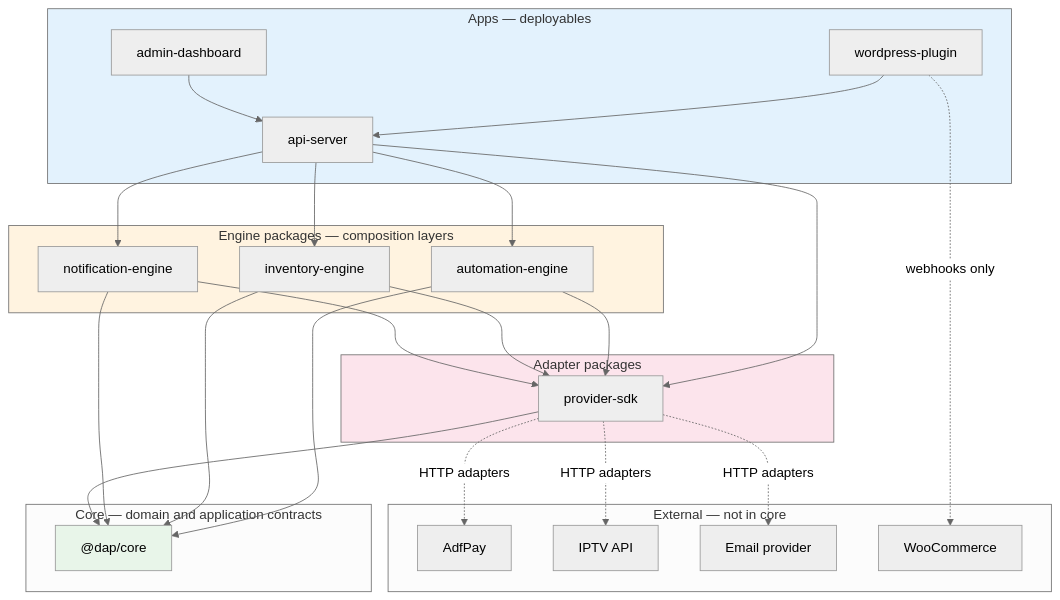
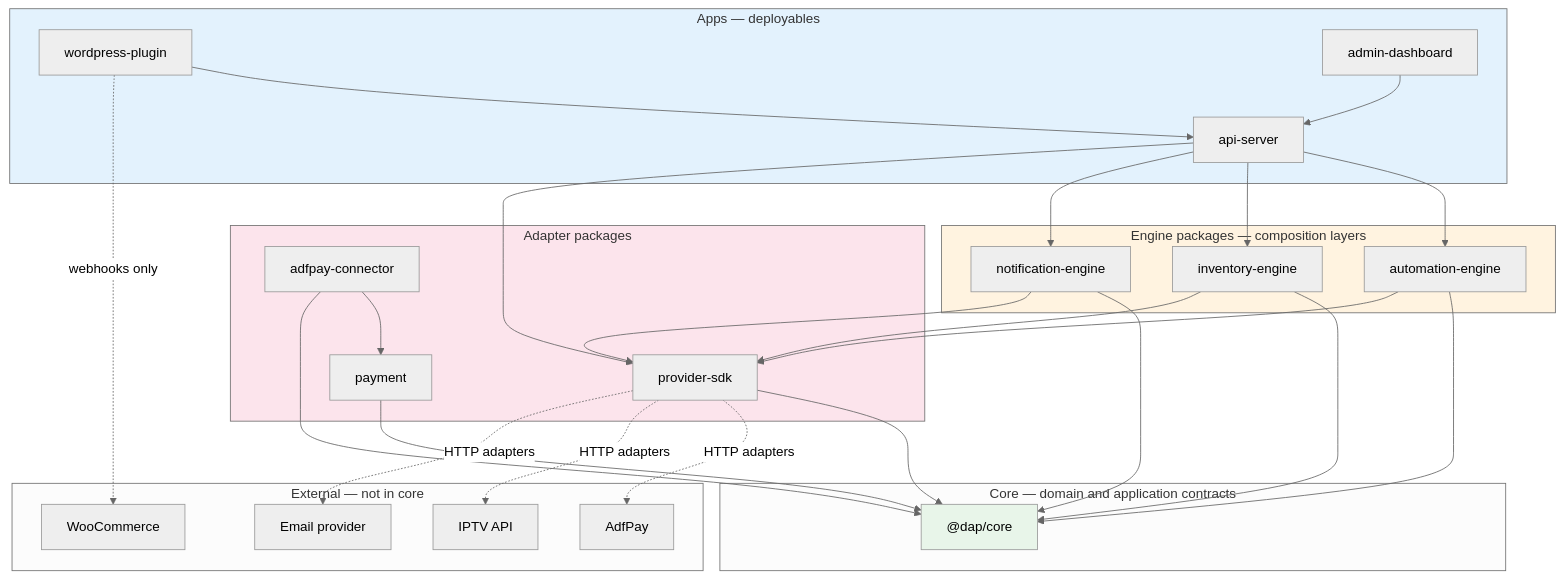
One commit to 00smm1/digital-automation-platform changed the diagram in docs/PACKAGE_BOUNDARIES.md. Above: the diagram before and after it, drawn with Mermaid (neutral theme). The commit also changed other lines of this file and 68 other files, not shown here.

First line of the commit message:
Add provider-neutral payment confirmation and AdfPay adapter for Sprint 17.

````diff
--- a/docs/PACKAGE_BOUNDARIES.md
+++ b/docs/PACKAGE_BOUNDARIES.md
@@ -11,56 +11,61 @@
 ```mermaid
 flowchart TB
     subgraph apps [Apps — deployables]
         API[api-server]
         WP[wordpress-plugin]
         ADMIN[admin-dashboard]
     end
 
     subgraph engines [Engine packages — composition layers]
         AE[automation-engine]
         IE[inventory-engine]
         NE[notification-engine]
     end
 
     subgraph adapters [Adapter packages]
         PSDk[provider-sdk]
+        PAYPKG[payment]
+        ADF[adfpay-connector]
     end
 
     subgraph core [Core — domain and application contracts]
         CORE["@dap/core"]
     end
 
     subgraph vendors [External — not in core]
         PAY[AdfPay]
         IPTV[IPTV API]
         EMAIL[Email provider]
         WC[WooCommerce]
     end
 
     API --> AE
     API --> IE
     API --> NE
     API --> PSDk
     WP --> API
     ADMIN --> API
 
     AE --> CORE
     IE --> CORE
     NE --> CORE
 
     AE --> PSDk
     IE --> PSDk
     NE --> PSDk
 
     PSDk --> CORE
+    PAYPKG --> CORE
+    ADF --> PAYPKG
+    ADF --> CORE
 
     PSDk -.->|HTTP adapters| PAY
     PSDk -.->|HTTP adapters| IPTV
     PSDk -.->|HTTP adapters| EMAIL
     WP -.->|webhooks only| WC
 
     style CORE fill:#e8f5e9
     style apps fill:#e3f2fd
     style engines fill:#fff3e0
     style adapters fill:#fce4ec
 ```
````
